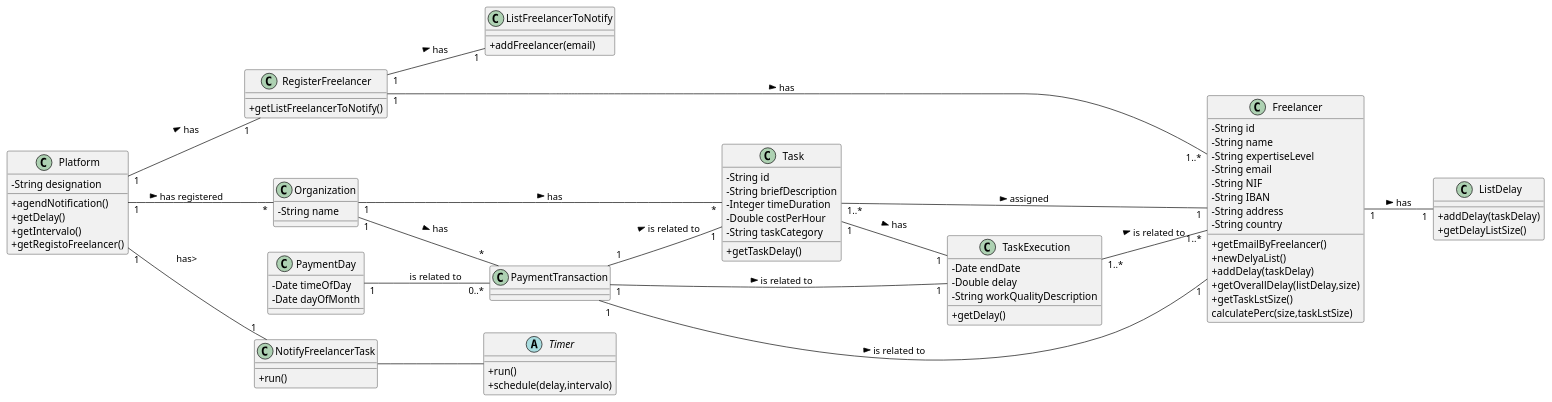
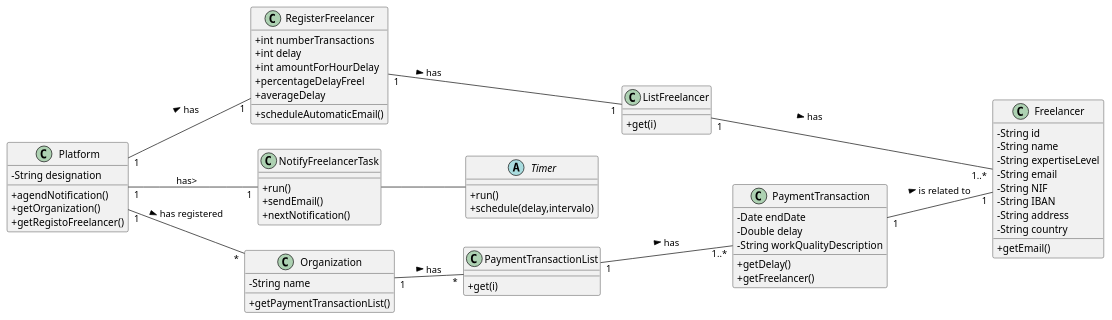
The diagram in docs/UC10 - Notify delayed freelancers (automatically)/UC10_CD.puml (pedrolemos4/LAPR2), drawn with PlantUML before and after one commit. The commit also changed 6 other files, not shown here.

```diff
--- a/docs/UC10 - Notify delayed freelancers (automatically)/UC10_CD.puml
+++ b/docs/UC10 - Notify delayed freelancers (automatically)/UC10_CD.puml
@@ -1,106 +1,83 @@
 @startuml
 skinparam classAttributeIconSize 0
 left to right direction
 
 class Platform {
   -String designation
   +agendNotification()
-  +getDelay()
-  +getIntervalo()
+  +getOrganization()
   +getRegistoFreelancer()
 }
 
-class ListDelay {
-  +addDelay(taskDelay)
-  +getDelayListSize()
-}
-
-class ListFreelancerToNotify {
-  +addFreelancer(email) 
-}
-
 class RegisterFreelancer{
-  +getListFreelancerToNotify() 
+  +int numberTransactions
+  +int delay
+  +int amountForHourDelay
+  +percentageDelayFreel
+  +averageDelay
+  +scheduleAutomaticEmail()
 }
 
 abstract Timer {
   +run()
   +schedule(delay,intervalo)
 }
 
 class NotifyFreelancerTask {
   +run() 
+  +sendEmail()
+  +nextNotification()
 }
 
 class Organization {
   -String name
+  +getPaymentTransactionList()
 }
 
 class Freelancer {
   -String id
   -String name
   -String expertiseLevel
   -String email
   -String NIF
   -String IBAN
   -String address
   -String country
-  +getEmailByFreelancer()
-  +newDelyaList()
-  +addDelay(taskDelay)
-  +getOverallDelay(listDelay,size)
-  +getTaskLstSize()
-  calculatePerc(size,taskLstSize)
+  +getEmail()
   }
 
-class Task {
- -String id
- -String briefDescription
- -Integer timeDuration
- -Double costPerHour
- -String taskCategory
-  +getTaskDelay()
-}
-
-class TaskExecution {
+class PaymentTransaction{
  -Date endDate
  -Double delay
  -String workQualityDescription
   +getDelay()
+  +getFreelancer()
 }
 
-class PaymentTransaction{
+class PaymentTransactionList {
+  +get(i) 
 }
 
-class PaymentDay {
-  -Date timeOfDay
-  -Date dayOfMonth
+class ListFreelancer {
+  +get(i) 
 }
+
 
 Platform "1" -- "*" Organization : has registered >
 Platform "1" -- "1" NotifyFreelancerTask : has>
 Platform "1" -- "1" RegisterFreelancer : has >
 
 NotifyFreelancerTask  --  Timer 
 
-Freelancer "1" -- "1" ListDelay : has >
+RegisterFreelancer "1" -- "1" ListFreelancer : has >
 
-RegisterFreelancer "1" -- "1" ListFreelancerToNotify : has >
-RegisterFreelancer "1" -- "1..*" Freelancer : has >
+ListFreelancer "1" -- "1..*" Freelancer : has >
 
-Organization "1" -- "*" Task: has >
-Organization "1" -- "*" PaymentTransaction: has >
+Organization "1" -- "*" PaymentTransactionList: has >
 
 PaymentTransaction "1" -- "1" Freelancer: is related to >
-PaymentTransaction "1" -- "1" Task: is related to >
-PaymentTransaction "1" -- "1" TaskExecution: is related to >
 
-TaskExecution "1..*" -- "1..*" Freelancer : is related to >
-
-Task "1" -- "1" TaskExecution: has >
-Task "1..*" -- "1" Freelancer: assigned >
-
-PaymentDay "1" -- "0..*" PaymentTransaction : is related to
+PaymentTransactionList "1" -- "1..*" PaymentTransaction : has >
 
 
 @enduml
```
